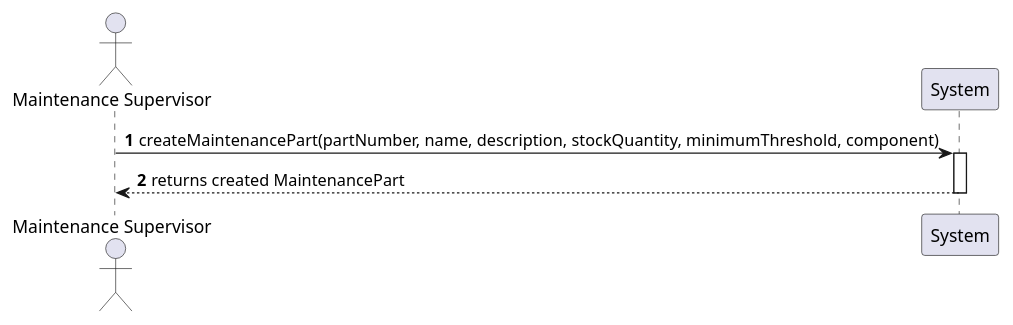
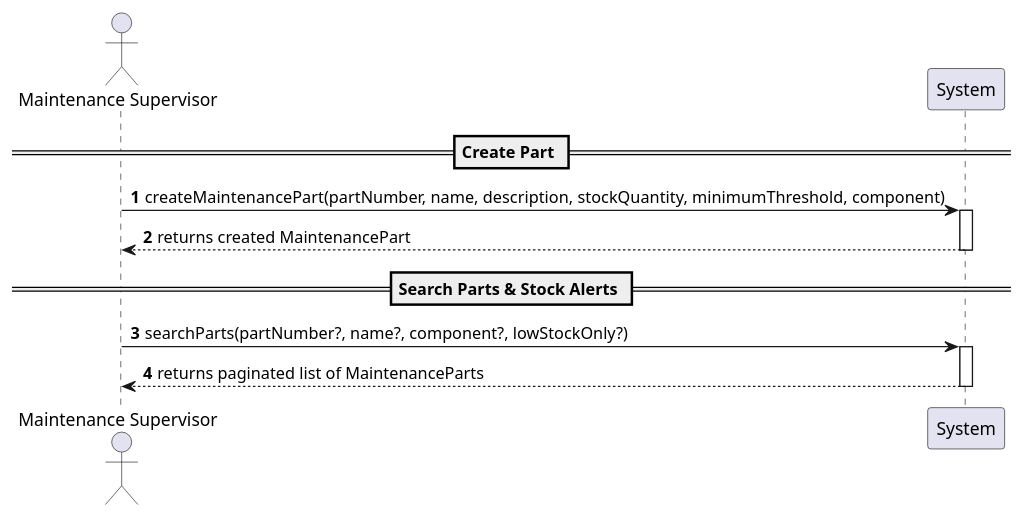
Before and after one commit to VascoMagolo/psoft_1231562_1241692_1242036_2db: the diagram in docs/system-documentation/use-cases/WP4A/US226/puml/ssd_us226.puml, drawn with PlantUML. The commit also changed 15 other files, not shown here.

First line of the commit message:
feat(maintenance): implement US226 tracking and stock alerts

```diff
--- a/docs/system-documentation/use-cases/WP4A/US226/puml/ssd_us226.puml
+++ b/docs/system-documentation/use-cases/WP4A/US226/puml/ssd_us226.puml
@@ -1,9 +1,17 @@
 @startuml
 autonumber
 actor "Maintenance Supervisor" as Actor
 participant "System" as Sys
+
+== Create Part ==
 Actor -> Sys : createMaintenancePart(partNumber, name, description, stockQuantity, minimumThreshold, component)
 activate Sys
 Sys --> Actor : returns created MaintenancePart
 deactivate Sys
+
+== Search Parts & Stock Alerts ==
+Actor -> Sys : searchParts(partNumber?, name?, component?, lowStockOnly?)
+activate Sys
+Sys --> Actor : returns paginated list of MaintenanceParts
+deactivate Sys
 @enduml
```
